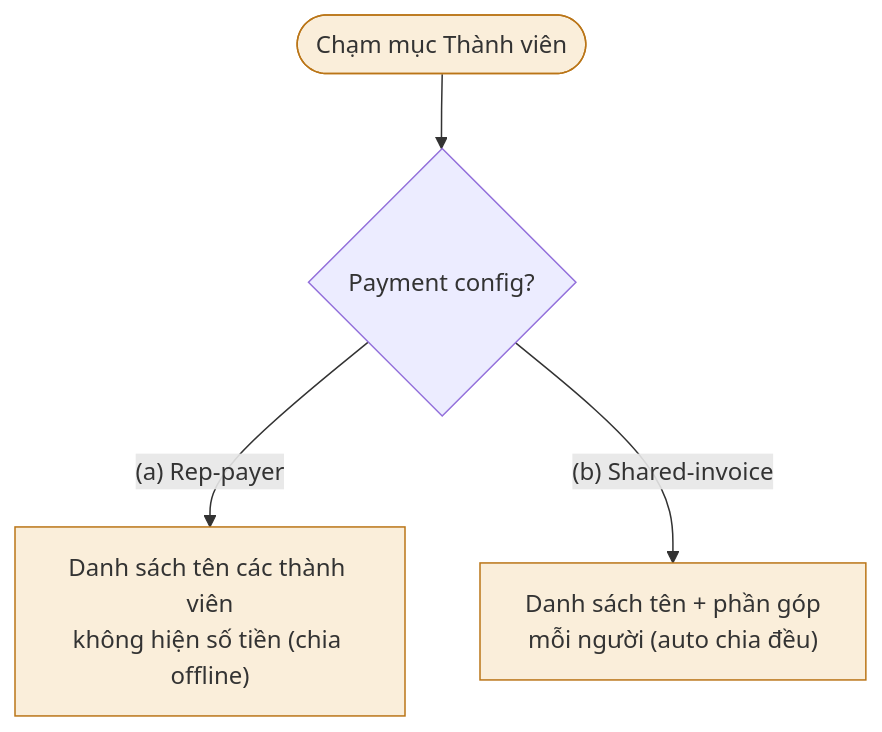
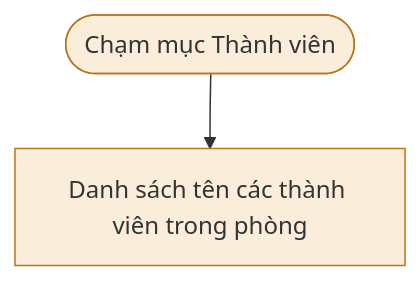
Diagram 11 of 17 in phase-1/discovery/user_flow/tenant-user-flow.md (pbl6-home-renter/docs), drawn with Mermaid before and after one commit. The commit also changed other lines of this file and 6 other files, not shown here.

````diff
--- a/phase-1/discovery/user_flow/tenant-user-flow.md
+++ b/phase-1/discovery/user_flow/tenant-user-flow.md
@@ -295,10 +253,7 @@
 ```mermaid
 flowchart TD
-    Start(["Chạm mục Thành viên"]) --> Config{"Payment config?"}
-    Config -->|"(a) Rep-payer"| ListA["Danh sách tên các thành viên\nkhông hiện số tiền (chia offline)"]
-    Config -->|"(b) Shared-invoice"| ListB["Danh sách tên + phần góp\nmỗi người (auto chia đều)"]
+    Start(["Chạm mục Thành viên"]) --> List["Danh sách tên các thành viên trong phòng"]
 
     style Start fill:#faeeda,stroke:#ba7517
-    style ListA fill:#faeeda,stroke:#ba7517
-    style ListB fill:#faeeda,stroke:#ba7517
+    style List fill:#faeeda,stroke:#ba7517
 ```
````
